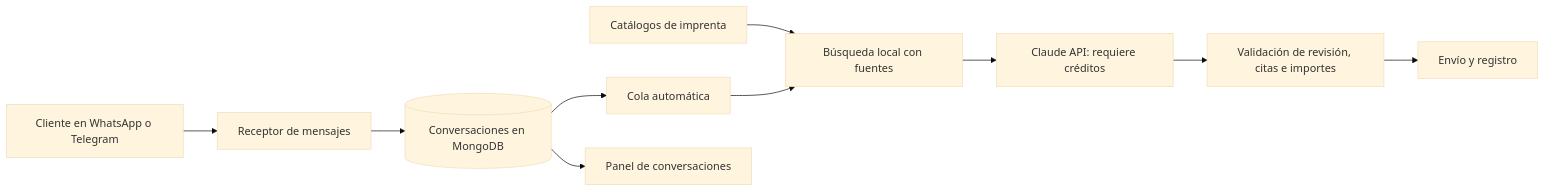
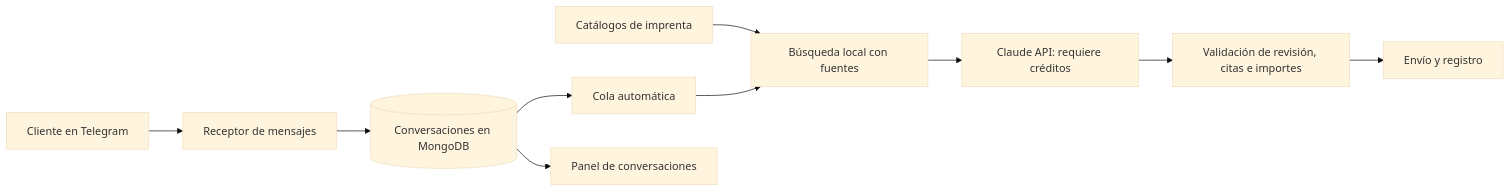
Before and after one commit to Israeljuarezjimenez/zentra-aiec: the diagram in README.md, drawn with Mermaid (base theme). The commit also changed other lines of this file and 36 other files, not shown here.

````diff
--- a/README.md
+++ b/README.md
@@ -134,12 +128,12 @@
 ```mermaid
 flowchart LR
-    Cliente[Cliente en WhatsApp o Telegram] --> Receptor[Receptor de mensajes]
+    Cliente[Cliente en Telegram] --> Receptor[Receptor de mensajes]
     Receptor --> Mongo[(Conversaciones en MongoDB)]
     Mongo --> Cola[Cola automática]
     Documentos[Catálogos de imprenta] --> RAG[Búsqueda local con fuentes]
     Cola --> RAG
     RAG --> Claude[Claude API: requiere créditos]
     Claude --> Validacion[Validación de revisión, citas e importes]
     Validacion --> Telegram[Envío y registro]
     Mongo --> Panel[Panel de conversaciones]
 ```
````
